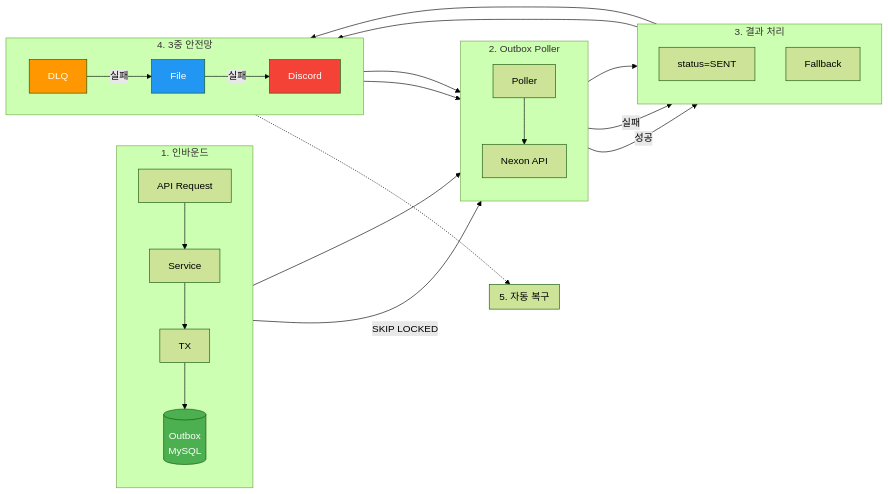
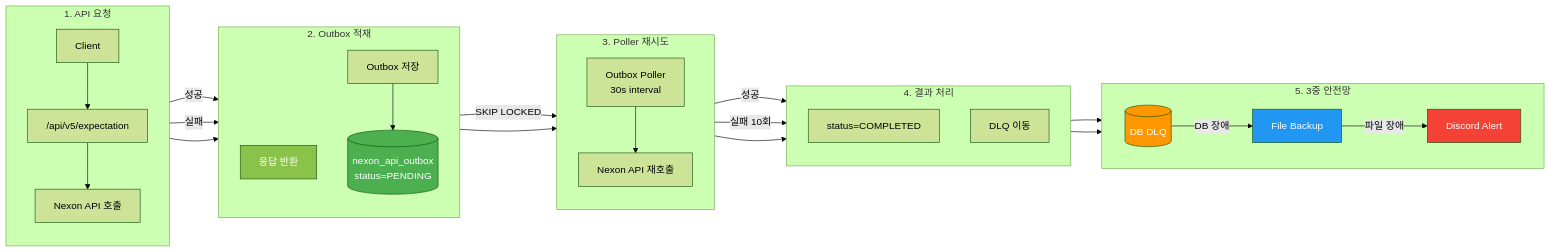
Before and after one commit to zbnerd/probabilistic-valuation-engine: the sixth of 8 diagrams in docs/05_Reports/PORTFOLIO_TECHNICAL_DEEP_DIVE.md, drawn with Mermaid (forest theme). The commit also changed other lines of this file, not shown here.

Commit message:
docs: Nexon API Outbox 다이어그램 16:9 비율로 개선
- 5단계 명확한 흐름 표현
- Request → Nexon API → Outbox → Poller → 안전망 → 복구
- Nexon API 호출 실패 시 Outbox 적재로 무손실 보장

````diff
--- a/docs/05_Reports/PORTFOLIO_TECHNICAL_DEEP_DIVE.md
+++ b/docs/05_Reports/PORTFOLIO_TECHNICAL_DEEP_DIVE.md
@@ -385,42 +385,42 @@
 ```mermaid
 flowchart LR
-    subgraph Inbound["1. 인바운드"]
+    subgraph Request["1. API 요청"]
         direction TB
-        REQ[API Request] --> SVC[Service]
-        SVC --> TX[TX]
-        TX --> DB[(Outbox<br/>MySQL)]
+        CLIENT[Client] --> API["/api/v5/expectation"]
+        API --> NEXON_CALL[Nexon API 호출]
     end
 
-    subgraph Poller["2. Outbox Poller"]
+    subgraph Outbox["2. Outbox 적재"]
         direction TB
-        DB -->|SKIP LOCKED| POLLER[Poller]
-        POLLER --> NEXON[Nexon API]
+        NEXON_CALL -->|성공| SUCCESS[응답 반환]
+        NEXON_CALL -->|실패| SAVE[Outbox 저장]
+        SAVE --> OUTBOX[(nexon_api_outbox<br/>status=PENDING)]
     end
 
-    subgraph Result["3. 결과 처리"]
+    subgraph Poller["3. Poller 재시도"]
         direction TB
-        NEXON -->|성공| MARK[status=SENT]
-        NEXON -->|실패| FALLBACK[Fallback]
+        OUTBOX -->|SKIP LOCKED| POLLER[Outbox Poller<br/>30s interval]
+        POLLER --> RETRY[Nexon API 재호출]
     end
 
-    subgraph Safety["4. 3중 안전망"]
-        direction LR
-        FALLBACK --> DLQ[DLQ]
-        DLQ -->|실패| FILE[File]
-        FILE -->|실패| DISCORD[Discord]
+    subgraph Result["4. 결과 처리"]
+        direction TB
+        RETRY -->|성공| COMPLETE[status=COMPLETED]
+        RETRY -->|실패 10회| DLQ_MOVE[DLQ 이동]
     end
 
-    subgraph Replay["5. 자동 복구"]
-        direction TB
-        DLQ --> NEXON
-        FILE --> NEXON
+    subgraph Safety["5. 3중 안전망"]
+        direction LR
+        DLQ_MOVE --> DB_DLQ[(DB DLQ)]
+        DB_DLQ -->|DB 장애| FILE[File Backup]
+        FILE -->|파일 장애| DISCORD[Discord Alert]
     end
 
-    Inbound --> Poller --> Result --> Safety
-    Safety -.-> Replay
+    Request --> Outbox --> Poller --> Result --> Safety
 
-    style DB fill:#4CAF50,color:white
-    style DLQ fill:#FF9800,color:white
+    style OUTBOX fill:#4CAF50,color:white
+    style DB_DLQ fill:#FF9800,color:white
     style FILE fill:#2196F3,color:white
     style DISCORD fill:#F44336,color:white
+    style SUCCESS fill:#8BC34A,color:white
 ```
````
